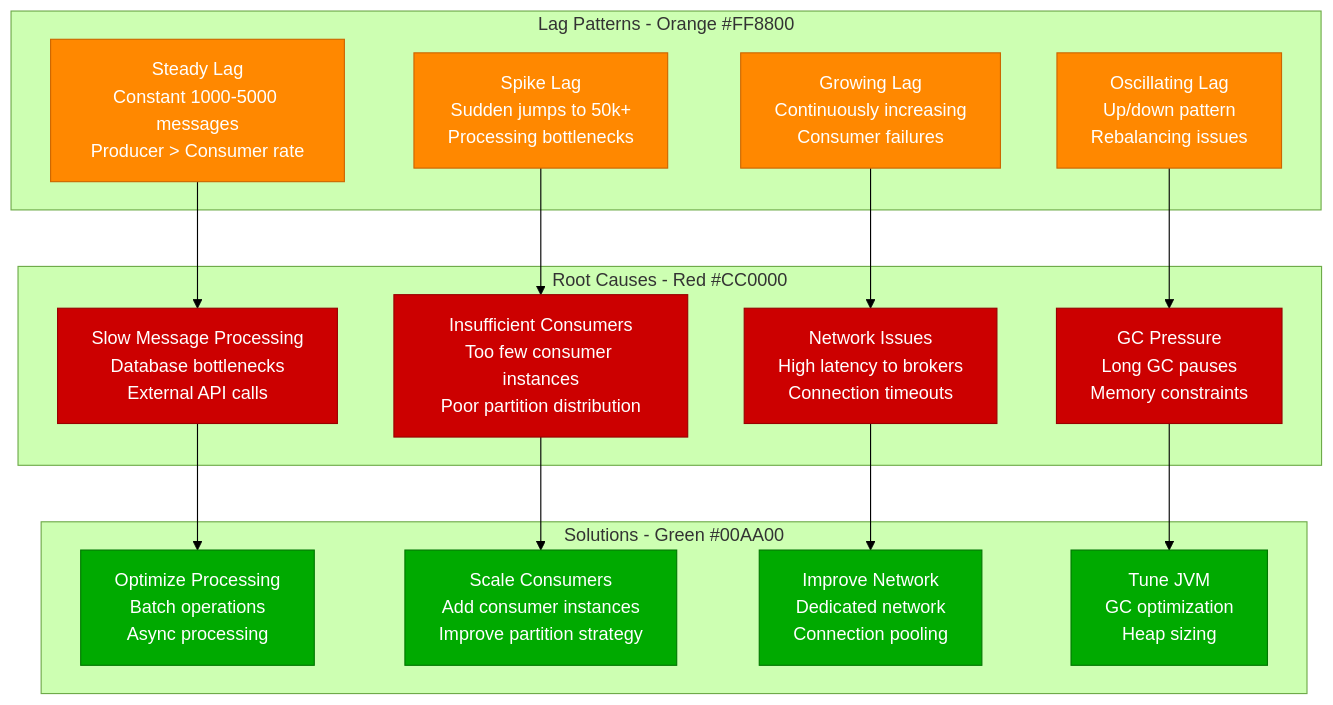
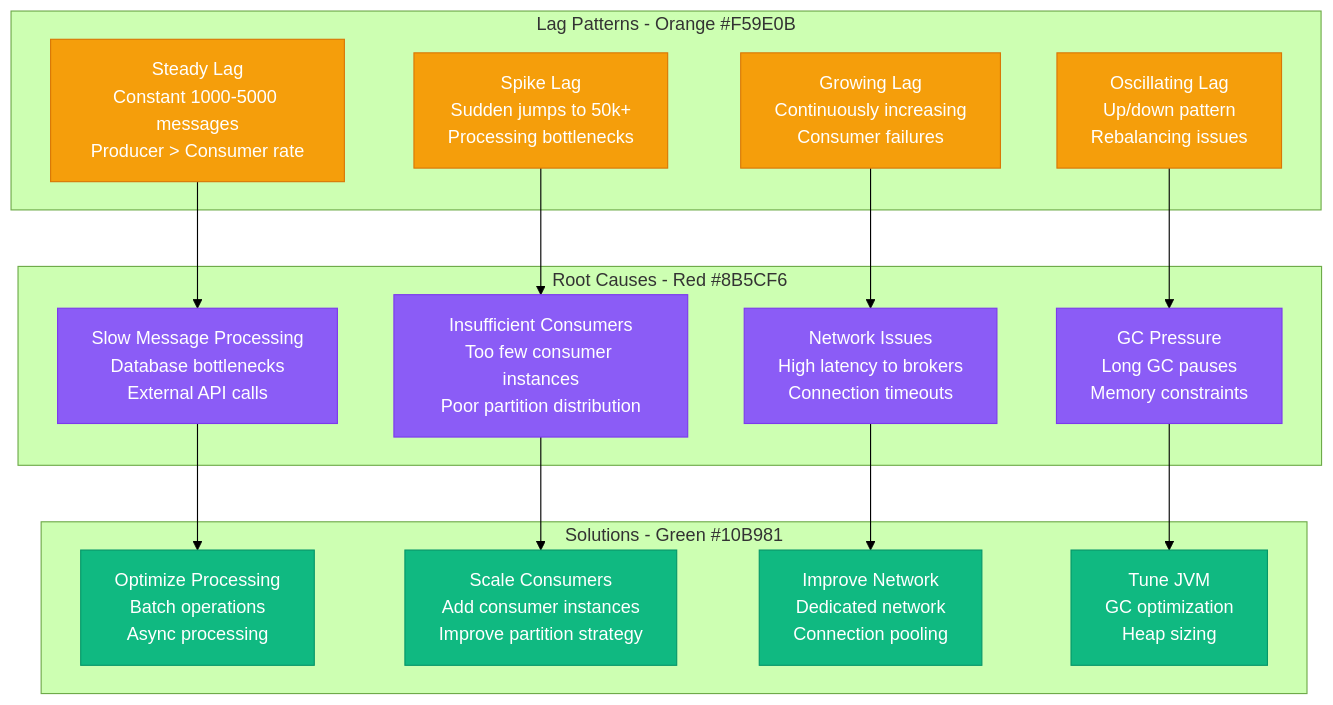
The second of 3 diagrams in site/docs/debugging/kafka-consumer-lag-debugging.md (deepaucksharma/DS), drawn with Mermaid (forest theme) before and after one commit. The commit also changed other lines of this file and 187 other files, not shown here.

````diff
--- a/site/docs/debugging/kafka-consumer-lag-debugging.md
+++ b/site/docs/debugging/kafka-consumer-lag-debugging.md
@@ -131,41 +131,41 @@
 ```mermaid
 graph TB
-    subgraph LagPatterns[Lag Patterns - Orange #FF8800]
+    subgraph LagPatterns[Lag Patterns - Orange #F59E0B]
         STEADY_LAG[Steady Lag<br/>Constant 1000-5000 messages<br/>Producer > Consumer rate]
         SPIKE_LAG[Spike Lag<br/>Sudden jumps to 50k+<br/>Processing bottlenecks]
         GROWING_LAG[Growing Lag<br/>Continuously increasing<br/>Consumer failures]
         OSCILLATING_LAG[Oscillating Lag<br/>Up/down pattern<br/>Rebalancing issues]
     end
 
-    subgraph RootCauses[Root Causes - Red #CC0000]
+    subgraph RootCauses[Root Causes - Red #8B5CF6]
         SLOW_PROCESSING[Slow Message Processing<br/>Database bottlenecks<br/>External API calls]
         INSUFFICIENT_CONSUMERS[Insufficient Consumers<br/>Too few consumer instances<br/>Poor partition distribution]
         NETWORK_ISSUES[Network Issues<br/>High latency to brokers<br/>Connection timeouts]
         GC_PRESSURE[GC Pressure<br/>Long GC pauses<br/>Memory constraints]
     end
 
-    subgraph Solutions[Solutions - Green #00AA00]
+    subgraph Solutions[Solutions - Green #10B981]
         OPTIMIZE_PROCESSING[Optimize Processing<br/>Batch operations<br/>Async processing]
         SCALE_CONSUMERS[Scale Consumers<br/>Add consumer instances<br/>Improve partition strategy]
         IMPROVE_NETWORK[Improve Network<br/>Dedicated network<br/>Connection pooling]
         TUNE_JVM[Tune JVM<br/>GC optimization<br/>Heap sizing]
     end
 
     STEADY_LAG --> SLOW_PROCESSING
     SPIKE_LAG --> INSUFFICIENT_CONSUMERS
     GROWING_LAG --> NETWORK_ISSUES
     OSCILLATING_LAG --> GC_PRESSURE
 
     SLOW_PROCESSING --> OPTIMIZE_PROCESSING
     INSUFFICIENT_CONSUMERS --> SCALE_CONSUMERS
     NETWORK_ISSUES --> IMPROVE_NETWORK
     GC_PRESSURE --> TUNE_JVM
 
-    classDef lagStyle fill:#FF8800,stroke:#CC6600,color:#fff
-    classDef causeStyle fill:#CC0000,stroke:#990000,color:#fff
-    classDef solutionStyle fill:#00AA00,stroke:#007700,color:#fff
+    classDef lagStyle fill:#F59E0B,stroke:#D97706,color:#fff
+    classDef causeStyle fill:#8B5CF6,stroke:#7C3AED,color:#fff
+    classDef solutionStyle fill:#10B981,stroke:#059669,color:#fff
 
     class STEADY_LAG,SPIKE_LAG,GROWING_LAG,OSCILLATING_LAG lagStyle
     class SLOW_PROCESSING,INSUFFICIENT_CONSUMERS,NETWORK_ISSUES,GC_PRESSURE causeStyle
     class OPTIMIZE_PROCESSING,SCALE_CONSUMERS,IMPROVE_NETWORK,TUNE_JVM solutionStyle
 ```
````
